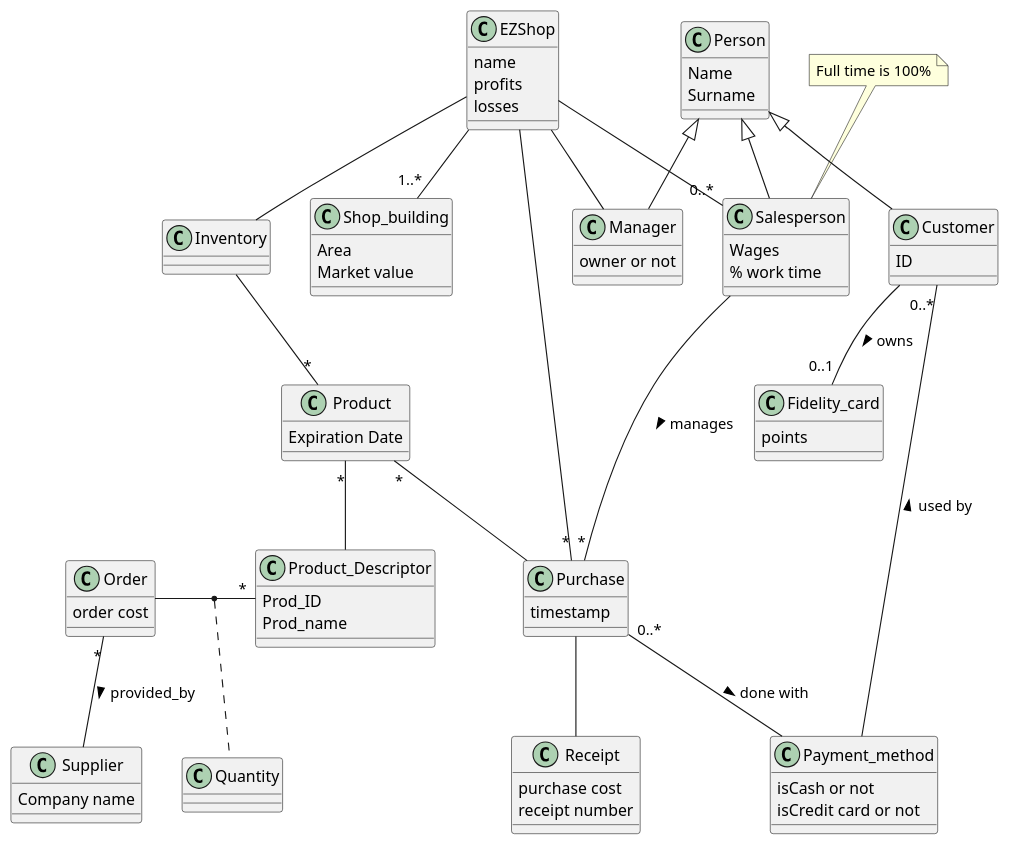
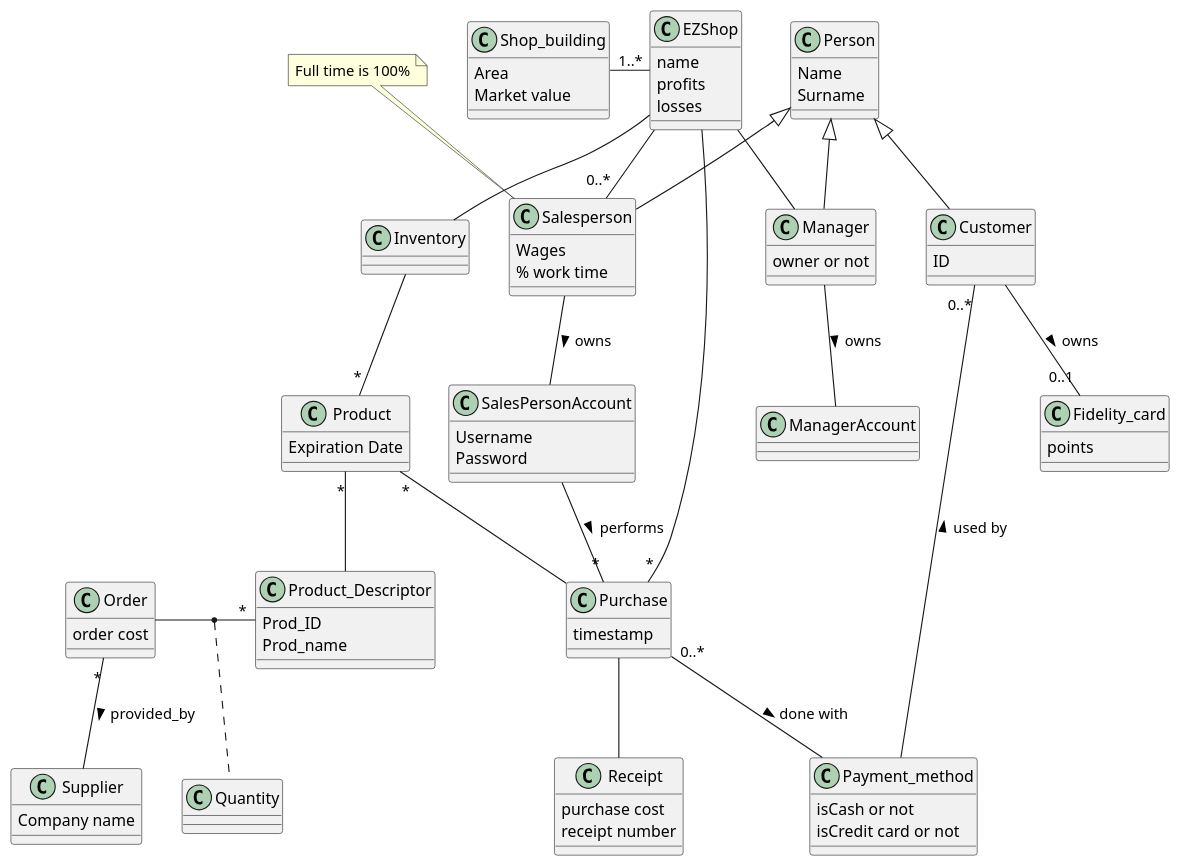
Before and after one commit to zitabou/EZShop: the fourth of 5 diagrams in Deliverables/RequirementsDocument.md, drawn with PlantUML.

Commit message:
Update classDiagram

````diff
--- a/Deliverables/RequirementsDocument.md
+++ b/Deliverables/RequirementsDocument.md
@@ -560,8 +560,14 @@
  Wages
  % work time
 }
+class SalesPersonAccount{
+	Username
+	Password
+}
 class Manager{
  owner or not
+}
+class ManagerAccount{
 }
 class Order{
  order cost
@@ -600,12 +606,16 @@
 note "Full time is 100%" as spN
 spN .. Salesperson
 
-EZShop -- Manager
-EZShop -- "0..*" Salesperson
-EZShop -- "1..*" Shop_building
-EZShop -- "*" Purchase
-EZShop -- Inventory
-Salesperson --"*" Purchase: > manages
+EZShop -down- Manager
+EZShop -down- "0..*" Salesperson
+EZShop -left- "1..*" Shop_building
+EZShop -down- "*" Purchase
+EZShop -down- Inventory
+
+Manager -down- ManagerAccount: > owns
+
+Salesperson -down- SalesPersonAccount: > owns
+SalesPersonAccount --"*" Purchase: > performs
 
 Order "*" -- Supplier: > provided_by
 Inventory -- "*" Product
@@ -624,5 +634,7 @@
 Person <|-- Customer
 Person <|-- Salesperson
 
+Manager --[hidden]left-- Inventory
+
 @enduml
 ```
````
